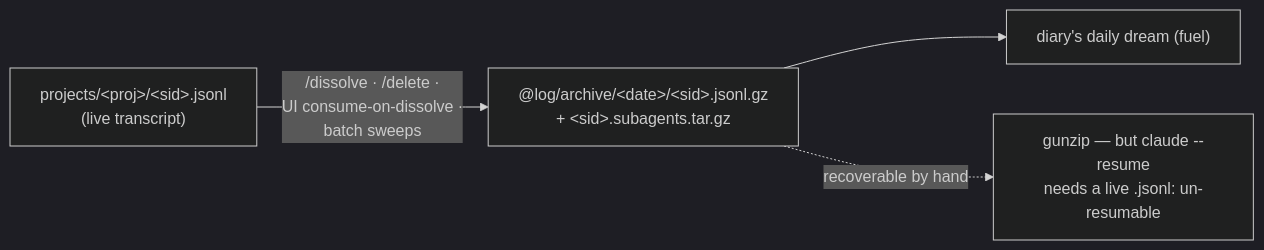
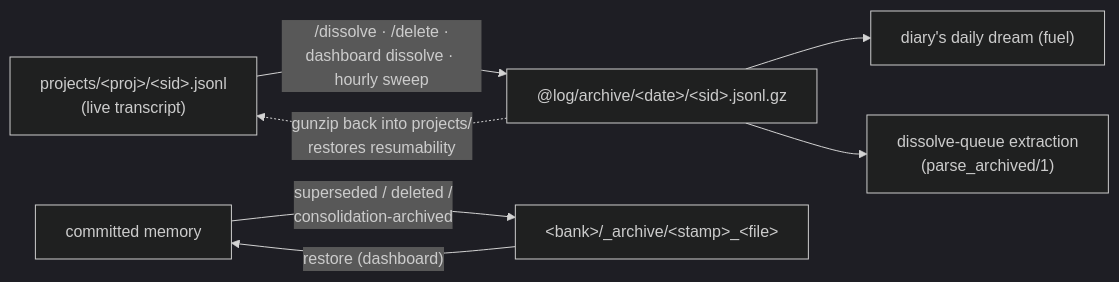
Before and after one commit to jgeschwendt/.claude: the eighth of 8 diagrams in @apps/web/lib/core/memory.md, drawn with Mermaid (dark theme). The commit also changed other lines of this file and 23 other files, not shown here.

````diff
--- a/@apps/web/lib/core/memory.md
+++ b/@apps/web/lib/core/memory.md
@@ -209,6 +319,9 @@
 ```mermaid
 flowchart LR
-    T["projects/&lt;proj&gt;/&lt;sid&gt;.jsonl<br/>(live transcript)"] -->|"/dissolve · /delete ·<br/>UI consume-on-dissolve ·<br/>batch sweeps"| G["@log/archive/&lt;date&gt;/&lt;sid&gt;.jsonl.gz<br/>+ &lt;sid&gt;.subagents.tar.gz"]
+    T["projects/&lt;proj&gt;/&lt;sid&gt;.jsonl<br/>(live transcript)"] -->|"/dissolve · /delete ·<br/>dashboard dissolve · hourly sweep"| G["@log/archive/&lt;date&gt;/&lt;sid&gt;.jsonl.gz"]
     G --> DRM["diary's daily dream (fuel)"]
-    G -.->|recoverable by hand| T2["gunzip — but claude --resume<br/>needs a live .jsonl: un-resumable"]
+    G --> QX["dissolve-queue extraction<br/>(parse_archived/1)"]
+    G -.->|"gunzip back into projects/<br/>restores resumability"| T
+    M1["committed memory"] -->|superseded / deleted /<br/>consolidation-archived| A["&lt;bank&gt;/_archive/&lt;stamp&gt;_&lt;file&gt;"]
+    A -->|"restore (dashboard)"| M1
 ```
````
